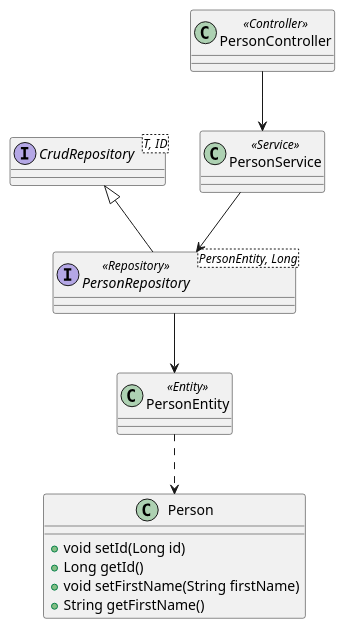
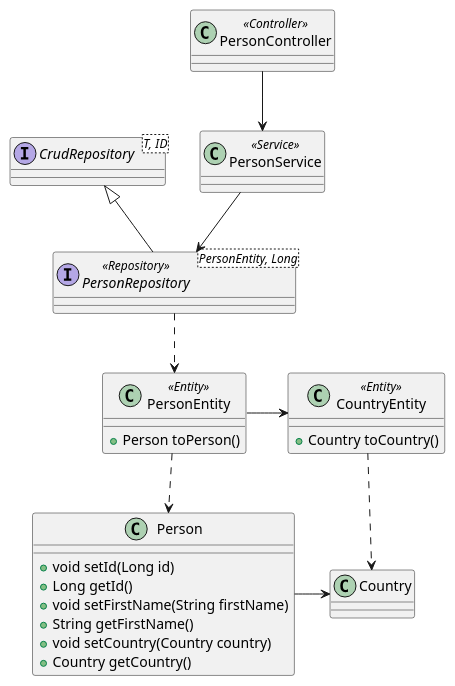
One commit to laminba2003/spring-rest-services changed the fourth of 5 diagrams in src/main/asciidoc/index.adoc. Above: the diagram before and after it, drawn with PlantUML.

Commit message:
improvements

```diff
--- a/src/main/asciidoc/index.adoc
+++ b/src/main/asciidoc/index.adoc
@@ -145,33 +145,46 @@
 [plantuml, GetPersons-class-diagram, png]
 ----
 class Person {
   + void setId(Long id)
   + Long getId()
   + void setFirstName(String firstName)
   + String getFirstName()
+  + void setCountry(Country country)
+  + Country getCountry()
+}
+
+class Country {
 }
 
 class PersonEntity <<Entity>> {
+  + Person toPerson()
+}
 
+class CountryEntity <<Entity>> {
+  + Country toCountry()
 }
+
 
 interface PersonRepository<PersonEntity, Long> <<Repository>> {
 }
 
 interface CrudRepository<T, ID> {
 }
 
 class PersonService <<Service>> {
 }
 
 class PersonController <<Controller>> {
 }
 
 
 PersonEntity ..> Person
-PersonRepository --> PersonEntity
+PersonEntity -> CountryEntity
+CountryEntity ..> Country
+Person -> Country
+PersonRepository ..> PersonEntity
 CrudRepository <|-- PersonRepository
 PersonService --> PersonRepository
 PersonController --> PersonService
 
 ----
```
